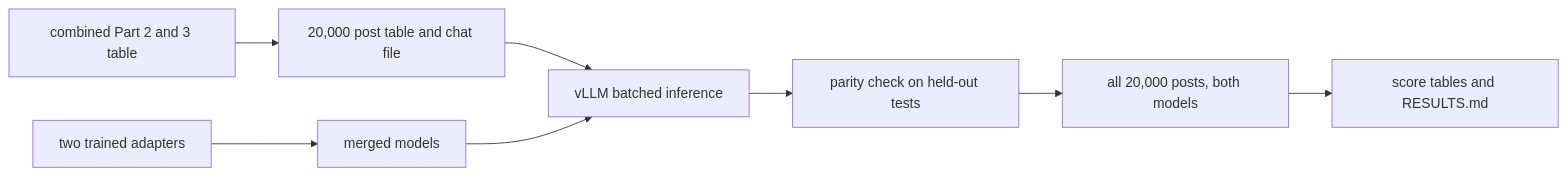
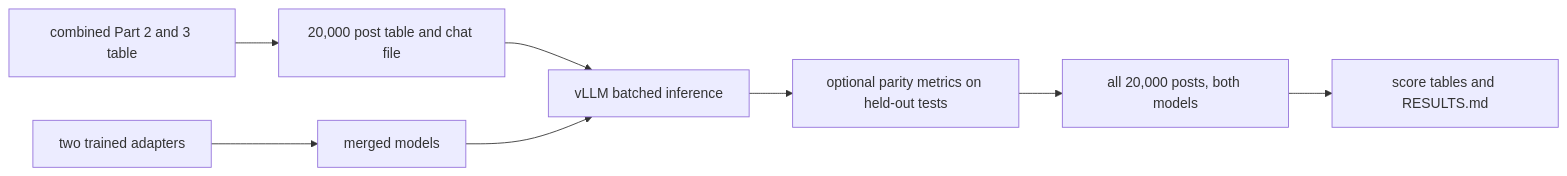
One commit to METResearchGroup/mirrorView-task changed the diagram in docs/plans/2026-09-25_all_posts_lora_inference_b7e4a2/plan.md. Above: the diagram before and after it, drawn with Mermaid. The commit also changed other lines of this file and 16 other files, not shown here.

````diff
--- a/docs/plans/2026-09-25_all_posts_lora_inference_b7e4a2/plan.md
+++ b/docs/plans/2026-09-25_all_posts_lora_inference_b7e4a2/plan.md
@@ -25,10 +25,10 @@
 ```mermaid
 flowchart LR
   loader["combined Part 2 and 3 table"] --> build["20,000 post table and chat file"]
   adapters["two trained adapters"] --> merge["merged models"]
   build --> vllm["vLLM batched inference"]
   merge --> vllm
-  vllm --> parity["parity check on held-out tests"]
+  vllm --> parity["optional parity metrics on held-out tests"]
   parity --> full["all 20,000 posts, both models"]
   full --> scores["score tables and RESULTS.md"]
 ```
````
